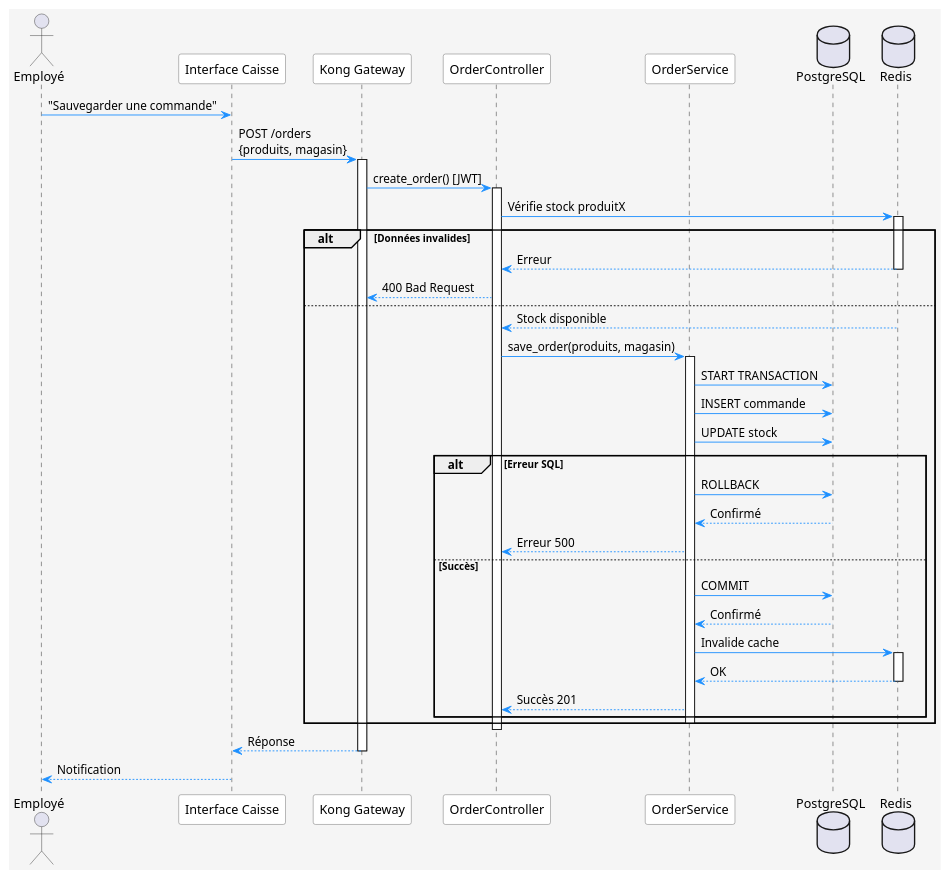
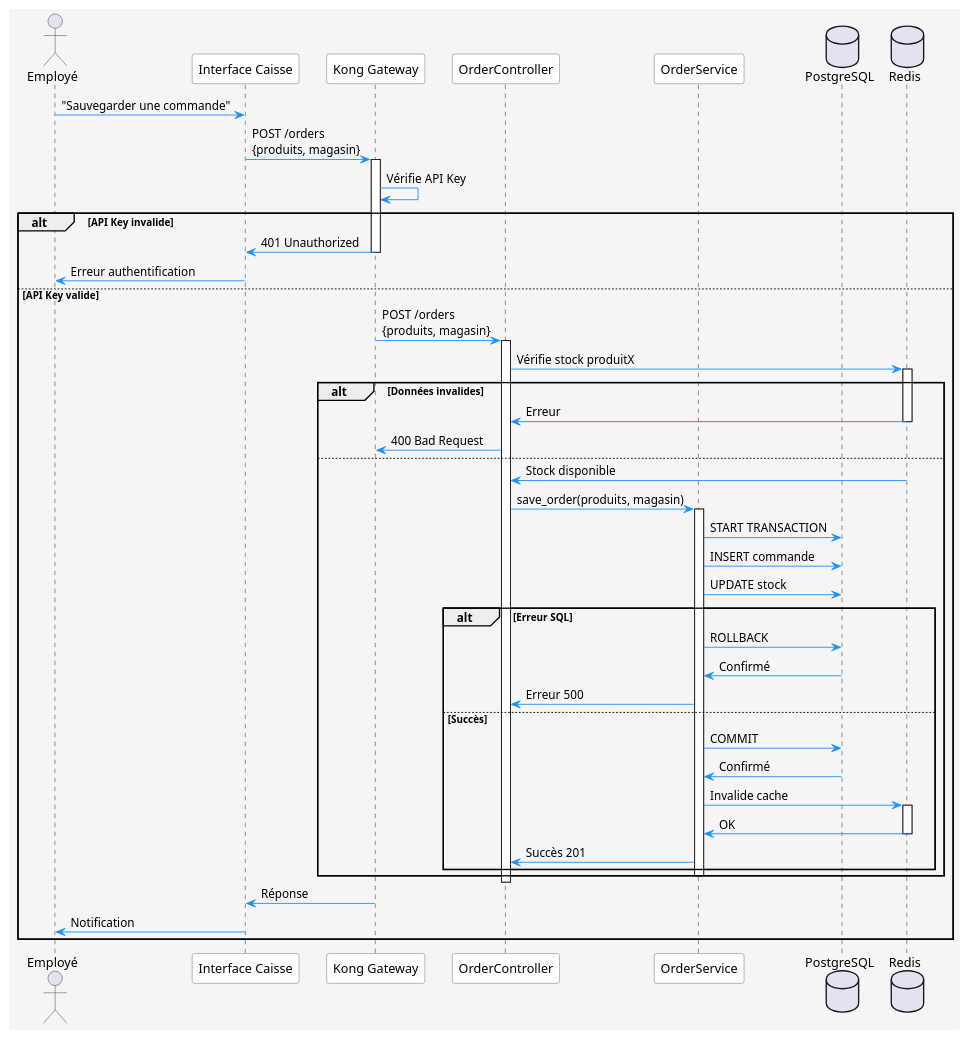
Before and after one commit to ErwanDerrien/GestionnaireMagasin: the diagram in documentation/UML/Processus/SequenceSaveOrder.puml, drawn with PlantUML. The commit also changed 17 other files, not shown here.

```diff
--- a/documentation/UML/Processus/SequenceSaveOrder.puml
+++ b/documentation/UML/Processus/SequenceSaveOrder.puml
@@ -1,63 +1,73 @@
 @startuml Sauvegarder une commande
 
 skinparam {
     BackgroundColor #F5F5F5
     ActorBorderColor #333
     ParticipantBackgroundColor #FFFFFF
     ParticipantBorderColor #666
     ArrowColor #1E90FF
     SequenceMessageAlign reverse
 }
 
 actor "Employé" as ge
 participant "Interface Caisse" as in
 participant "Kong Gateway" as api
 participant "OrderController" as co
 participant "OrderService" as se
 database "PostgreSQL" as db
 database "Redis" as cache
 
 ge -> in : "Sauvegarder une commande"
 in -> api : POST /orders\n{produits, magasin}
 activate api
-api -> co : create_order() [JWT]
-activate co
 
-co -> cache : Vérifie stock produitX
-activate cache
-alt Données invalides
-    cache --> co : Erreur
-    deactivate cache
-    co --> api : 400 Bad Request
-else
-    cache --> co : Stock disponible
-    deactivate cache
-    co -> se : save_order(produits, magasin)
-    activate se
+api -> api : Vérifie API Key
 
-    se -> db : START TRANSACTION
-    se -> db : INSERT commande
-    se -> db : UPDATE stock
-    alt Erreur SQL
-        se -> db : ROLLBACK
-        db --> se : Confirmé
-        se --> co : Erreur 500
-    else Succès
-        se -> db : COMMIT
-        db --> se : Confirmé
-        se -> cache : Invalide cache
-        activate cache
-        cache --> se : OK
+alt API Key invalide
+    api -> in : 401 Unauthorized
+    deactivate api
+    in -> ge : Erreur authentification
+    deactivate in
+else API Key valide
+    api -> co : POST /orders\n{produits, magasin}
+    activate co
+
+    co -> cache : Vérifie stock produitX
+    activate cache
+    alt Données invalides
+        cache -> co : Erreur
         deactivate cache
-        se --> co : Succès 201
+        co -> api : 400 Bad Request
+    else
+        cache -> co : Stock disponible
+        deactivate cache
+        co -> se : save_order(produits, magasin)
+        activate se
+
+        se -> db : START TRANSACTION
+        se -> db : INSERT commande
+        se -> db : UPDATE stock
+        alt Erreur SQL
+            se -> db : ROLLBACK
+            db -> se : Confirmé
+            se -> co : Erreur 500
+        else Succès
+            se -> db : COMMIT
+            db -> se : Confirmé
+            se -> cache : Invalide cache
+            activate cache
+            cache -> se : OK
+            deactivate cache
+            se -> co : Succès 201
+        end
+        deactivate se
     end
-    deactivate se
+
+    deactivate co
+    api -> in : Réponse
+    deactivate api
+    in -> ge : Notification
+    deactivate in
 end
 
-deactivate co
-api --> in : Réponse
-deactivate api
-in --> ge : Notification
-deactivate in
-
 @enduml
```
